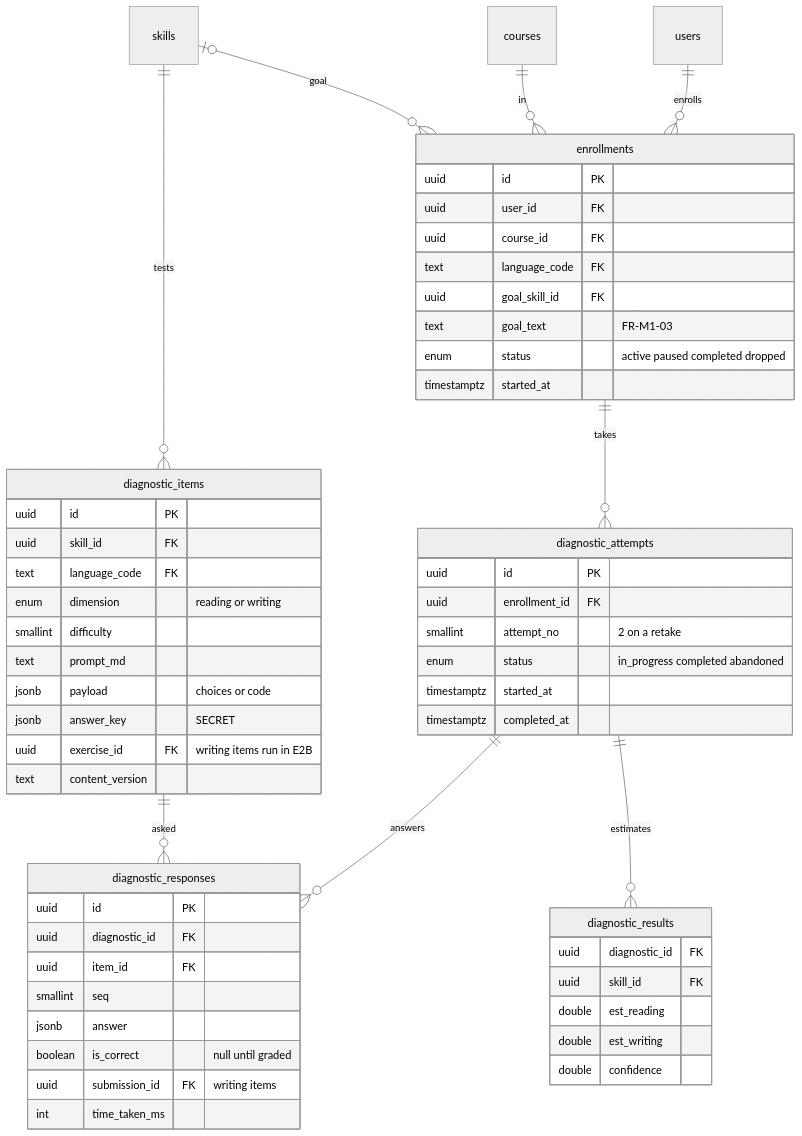
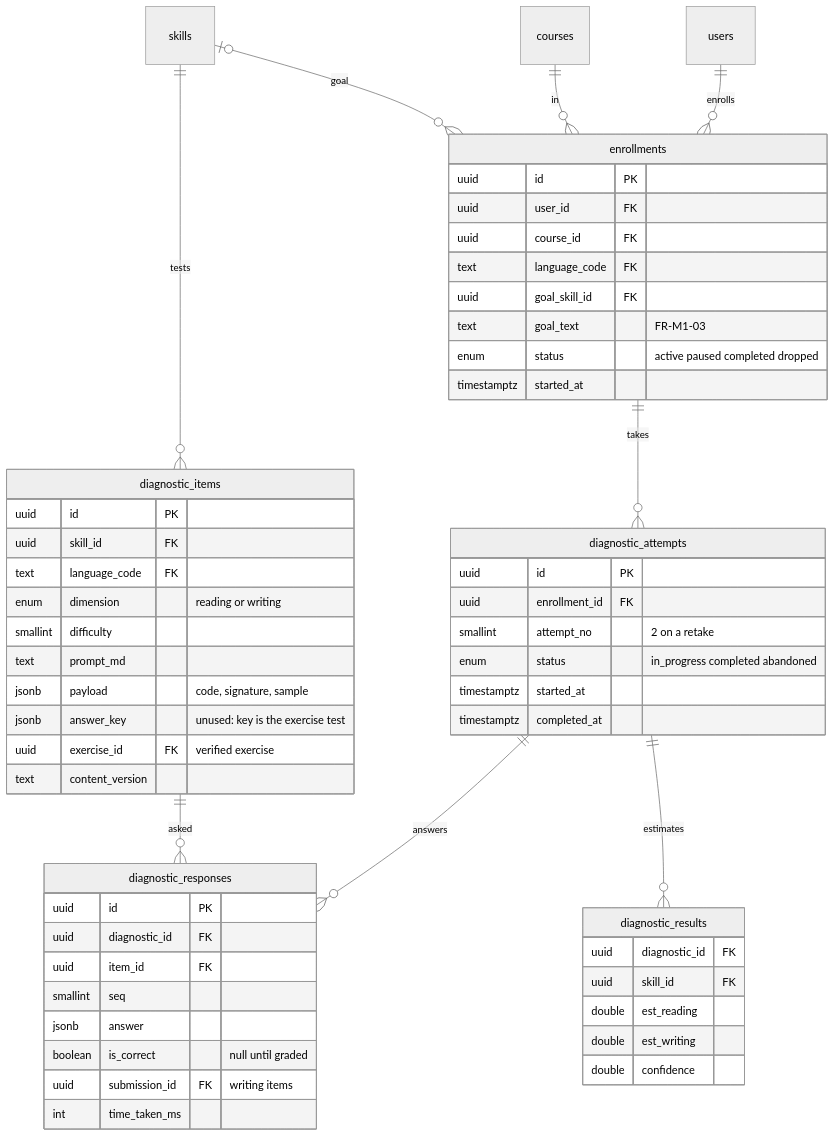
One commit to Nidanos/ai-tutor-platform changed the ninth of 32 diagrams in DOCS/phase-2/MP3-System-Design.md. Above: the diagram before and after it, drawn with Mermaid (neutral theme). The commit also changed other lines of this file and 7 other files, not shown here.

````diff
--- a/DOCS/phase-2/MP3-System-Design.md
+++ b/DOCS/phase-2/MP3-System-Design.md
@@ -550,58 +550,58 @@
 ```mermaid
 erDiagram
   users ||--o{ enrollments : "enrolls"
   courses ||--o{ enrollments : "in"
   skills |o--o{ enrollments : "goal"
   enrollments ||--o{ diagnostic_attempts : "takes"
   diagnostic_attempts ||--o{ diagnostic_responses : "answers"
   diagnostic_items ||--o{ diagnostic_responses : "asked"
   diagnostic_attempts ||--o{ diagnostic_results : "estimates"
   skills ||--o{ diagnostic_items : "tests"
   enrollments {
     uuid id PK
     uuid user_id FK
     uuid course_id FK
     text language_code FK
     uuid goal_skill_id FK
     text goal_text "FR-M1-03"
     enum status "active paused completed dropped"
     timestamptz started_at
   }
   diagnostic_items {
     uuid id PK
     uuid skill_id FK
     text language_code FK
     enum dimension "reading or writing"
     smallint difficulty
     text prompt_md
-    jsonb payload "choices or code"
-    jsonb answer_key "SECRET"
-    uuid exercise_id FK "writing items run in E2B"
+    jsonb payload "code, signature, sample"
+    jsonb answer_key "unused: key is the exercise test"
+    uuid exercise_id FK "verified exercise"
     text content_version
   }
   diagnostic_attempts {
     uuid id PK
     uuid enrollment_id FK
     smallint attempt_no "2 on a retake"
     enum status "in_progress completed abandoned"
     timestamptz started_at
     timestamptz completed_at
   }
   diagnostic_responses {
     uuid id PK
     uuid diagnostic_id FK
     uuid item_id FK
     smallint seq
     jsonb answer
     boolean is_correct "null until graded"
     uuid submission_id FK "writing items"
     int time_taken_ms
   }
   diagnostic_results {
     uuid diagnostic_id FK
     uuid skill_id FK
     double est_reading
     double est_writing
     double confidence
   }
 ```
````
